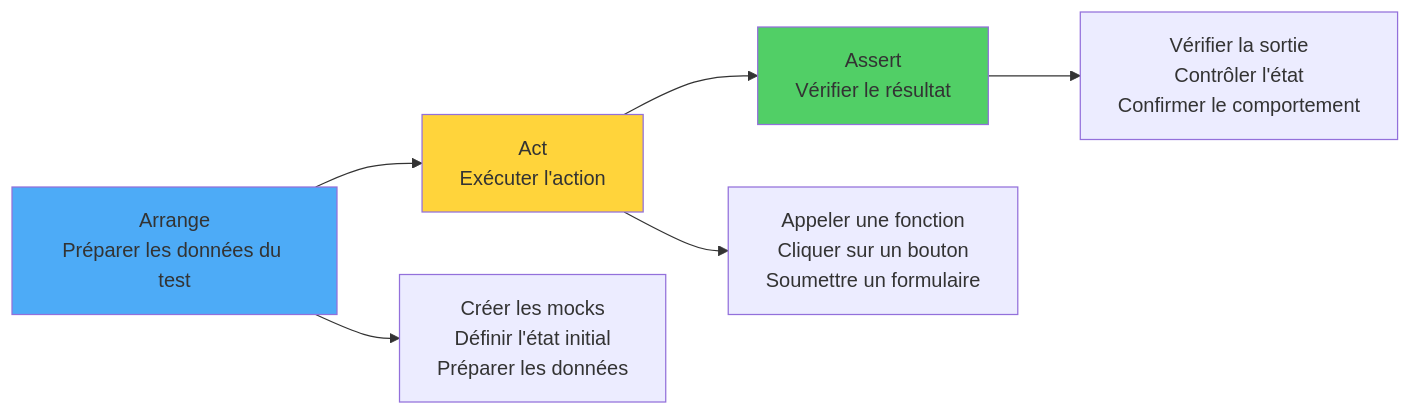
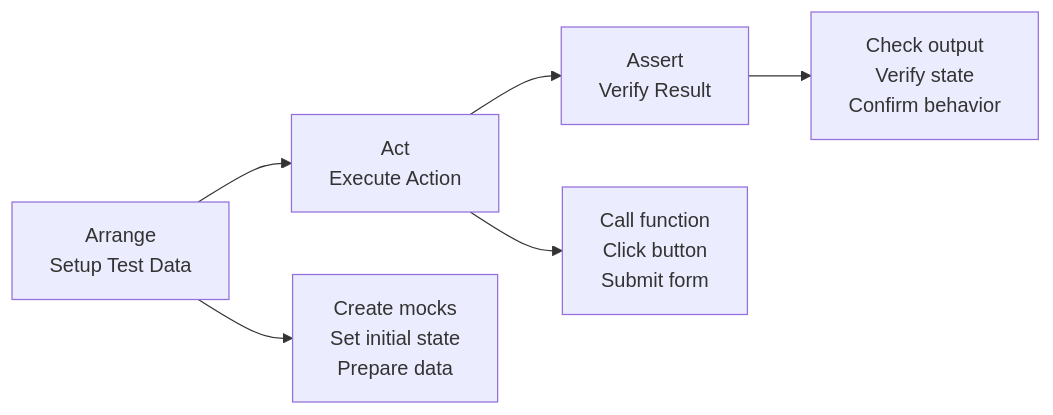
Before and after one commit to BabaScience/react-guides: the fifth of 10 diagrams in arguments/chapters/fr/10-testing.md, drawn with Mermaid. The commit also changed other lines of this file and 29 other files, not shown here.

First line of the commit message:
Bring React FR/IT translations to full English parity + theme-safe diagrams

````diff
--- a/arguments/chapters/fr/10-testing.md
+++ b/arguments/chapters/fr/10-testing.md
@@ -172,13 +1018,10 @@
 ```mermaid
 graph LR
-    A[Arrange<br/>Préparer les données du test] --> B[Act<br/>Exécuter l'action]
-    B --> C[Assert<br/>Vérifier le résultat]
-
-    A --> A1[Créer les mocks<br/>Définir l'état initial<br/>Préparer les données]
-    B --> B1[Appeler une fonction<br/>Cliquer sur un bouton<br/>Soumettre un formulaire]
-    C --> C1[Vérifier la sortie<br/>Contrôler l'état<br/>Confirmer le comportement]
-
-    style A fill:#4dabf7
-    style B fill:#ffd43b
-    style C fill:#51cf66
+    A[Arrange<br/>Setup Test Data] --> B[Act<br/>Execute Action]
+    B --> C[Assert<br/>Verify Result]
+    
+    A --> A1[Create mocks<br/>Set initial state<br/>Prepare data]
+    B --> B1[Call function<br/>Click button<br/>Submit form]
+    C --> C1[Check output<br/>Verify state<br/>Confirm behavior]
+    
 ```
````
